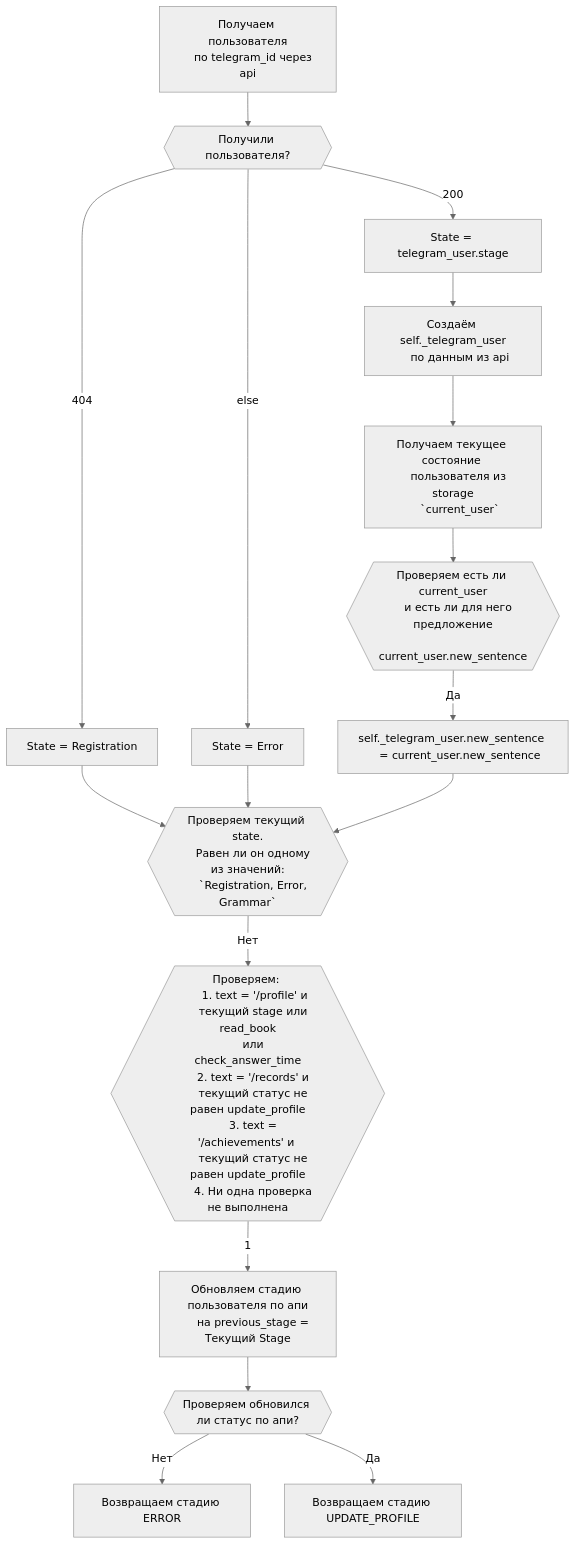
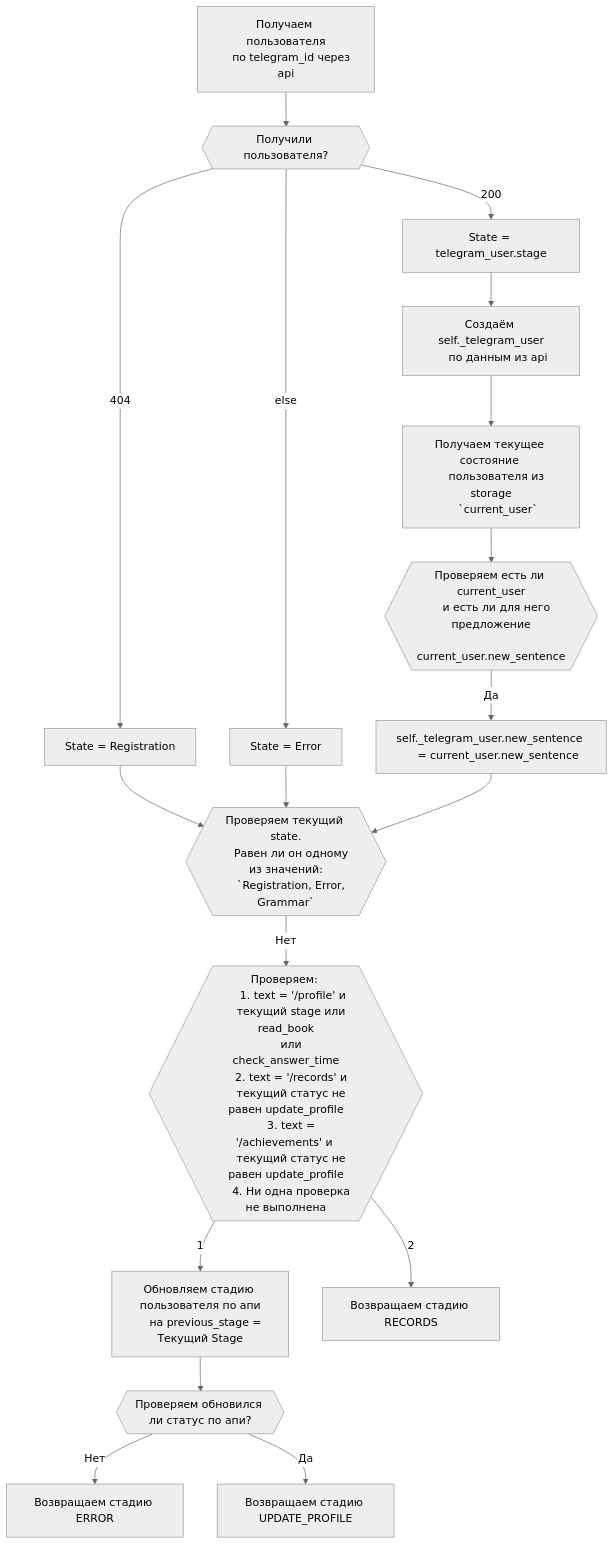
The diagram in documentation/middlewears_set_state.md (psgaiduk/learning_en_telegram_bot), drawn with Mermaid (neutral theme) before and after one commit.

Commit message:
docs(documentation): add return records stage middlewears_set_state

````diff
--- a/documentation/middlewears_set_state.md
+++ b/documentation/middlewears_set_state.md
@@ -1,55 +1,58 @@
 ```mermaid
 graph TD;
     start[Получаем пользователя
     по telegram_id через api
     ] --> check_get_user{{Получили пользователя?}}
     check_get_user --> |404| user_not_found[State = Registration]
     check_get_user --> |200| user_found[State = telegram_user.stage]
     check_get_user --> |else| error_user[State = Error]
     user_found --> create_telegram_user[
     Создаём self._telegram_user
     по данным из api
     ]
     create_telegram_user --> get_current_telegram_user[
     Получаем текущее состояние 
     пользователя из storage
     `current_user`
     ]
     get_current_telegram_user --> check_current_user{{
     Проверяем есть ли current_user
     и есть ли для него предложение
     current_user.new_sentence
     }}
     check_current_user --> |Да| update_new_sentence[self._telegram_user.new_sentence 
     = current_user.new_sentence
     ]
     user_not_found --> check_current_state{{
     Проверяем текущий state.
     Равен ли он одному из значений:
     `Registration, Error, Grammar`
     }}
     error_user --> check_current_state
     update_new_sentence --> check_current_state
     check_current_state --> |Нет| check_update_profile_state{{
     Проверяем: 
     1. text = '/profile' и
     текущий stage или read_book
     или check_answer_time
     2. text = '/records' и 
     текущий статус не равен update_profile
     3. text = '/achievements' и 
     текущий статус не равен update_profile
     4. Ни одна проверка не выполнена
     }}
     check_update_profile_state --> |1| update_stage_to_profile[
     Обновляем стадию пользователя по апи
     на previous_stage = Текущий Stage]
     update_stage_to_profile --> check_update_stage_to_profile{{
     Проверяем обновился ли статус по апи?
     }}
     check_update_stage_to_profile --> |Нет| return_error_update_stage_profile[
     Возвращаем стадию ERROR]
     check_update_stage_to_profile --> |Да| return_update_profle_stage[
     Возвращаем стадию UPDATE_PROFILE]
+    check_update_profile_state --> |2| return_records_stage[
+    Возвращаем стадию RECORDS]
+    
     
 ```
````
